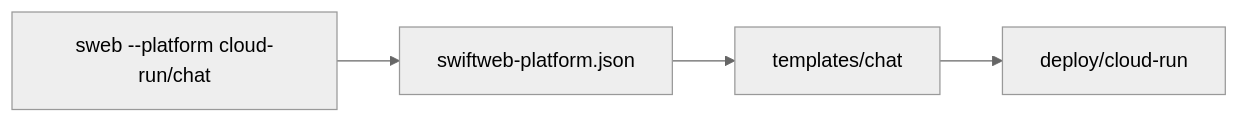
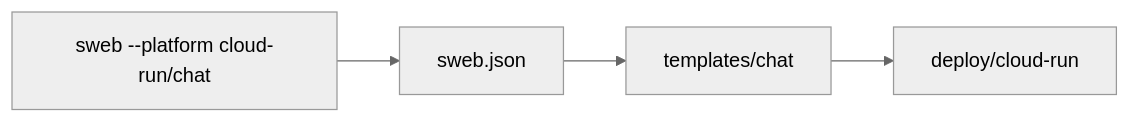
The diagram in README.md (1amageek/swift-web-cloud-run), drawn with Mermaid (neutral theme) before and after one commit. The commit also changed other lines of this file and 1 other file, not shown here.

Commit message:
Rename adapter manifest to sweb.json

````diff
--- a/README.md
+++ b/README.md
@@ -8,6 +8,6 @@
 ```mermaid
 flowchart LR
-  A["sweb --platform cloud-run/chat"] --> B["swiftweb-platform.json"]
+  A["sweb --platform cloud-run/chat"] --> B["sweb.json"]
   B --> C["templates/chat"]
   C --> D["deploy/cloud-run"]
 ```
````
